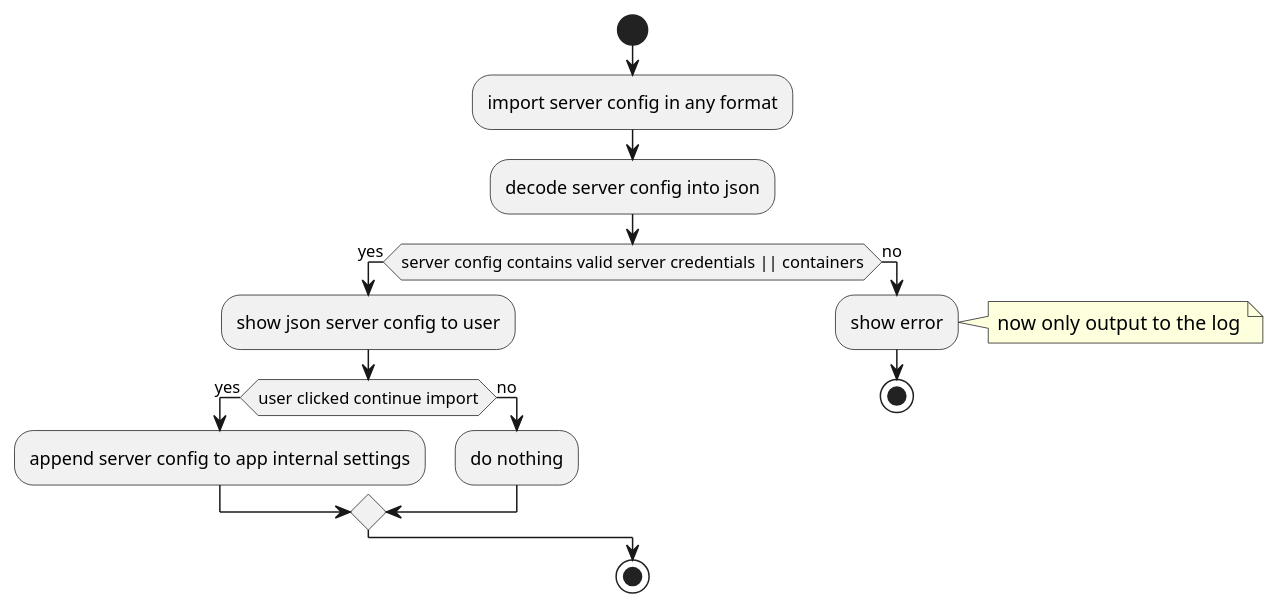
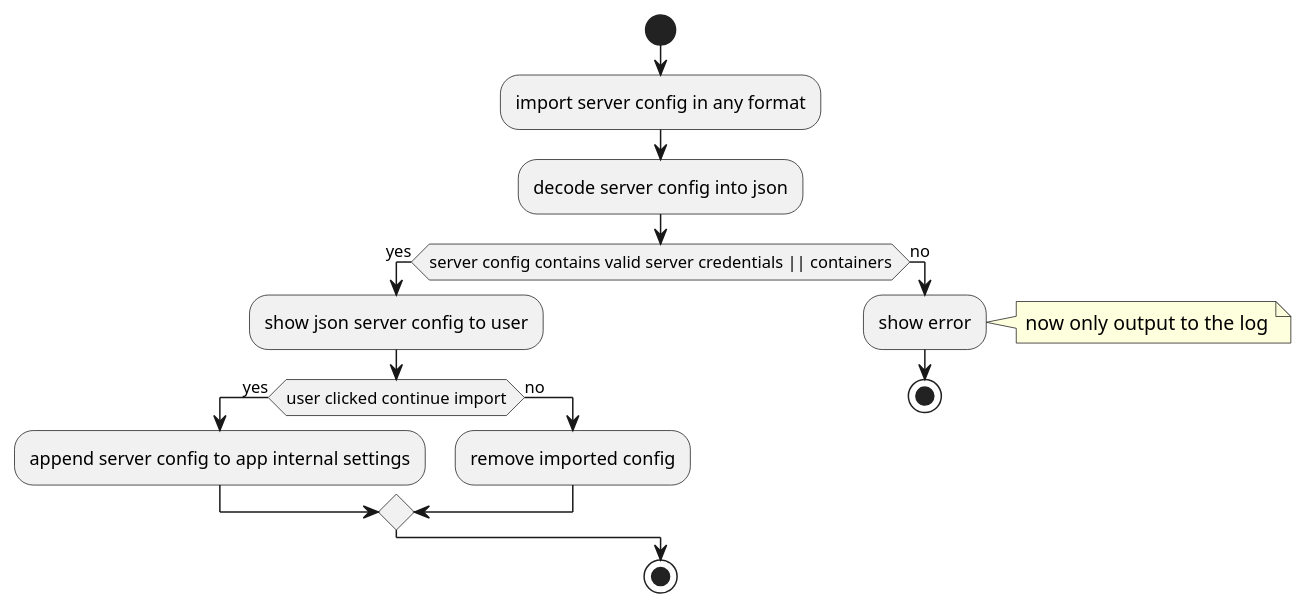
One commit to amnezia-vpn/amnezia-client changed the diagram in docs/configs/serverConfigImportProcess.plantuml. Above: the diagram before and after it, drawn with PlantUML. The commit also changed 24 other files, not shown here.

```diff
--- a/docs/configs/serverConfigImportProcess.plantuml
+++ b/docs/configs/serverConfigImportProcess.plantuml
@@ -1,23 +1,23 @@
 @startuml serverConfigImportProcess
 start
 
 :import server config in any format;
 :decode server config into json;
 
 if (server config contains valid server credentials || containers) then (yes)
     :show json server config to user;
     if (user clicked continue import) then (yes)
         :append server config to app internal settings;
     else (no)
-        :do nothing;
+        :remove imported config;
     endif
 else (no)
     :show error;
     note right
         now only output to the log
     end note
     stop
 endif
 
 stop
 @enduml
```
